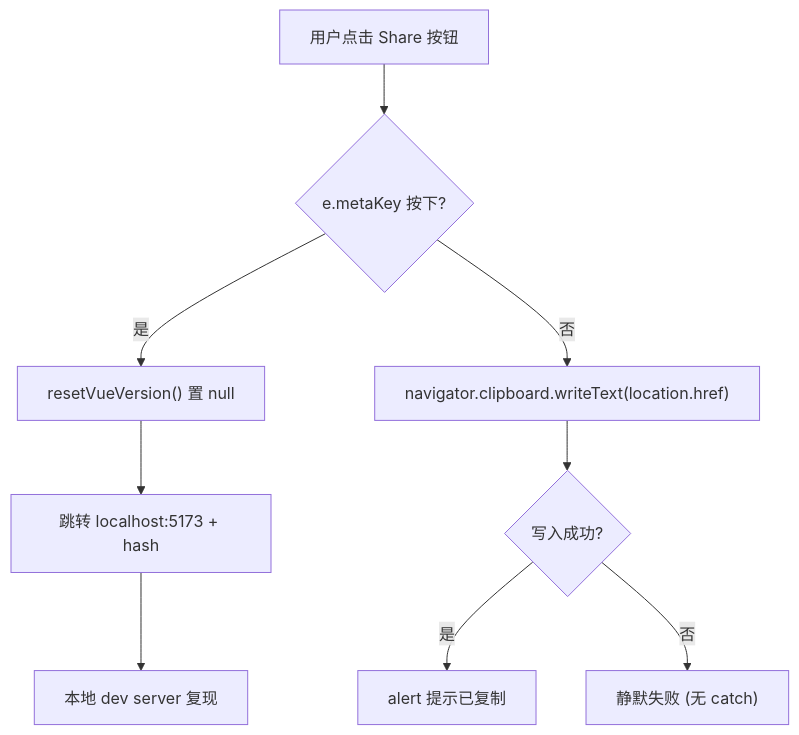
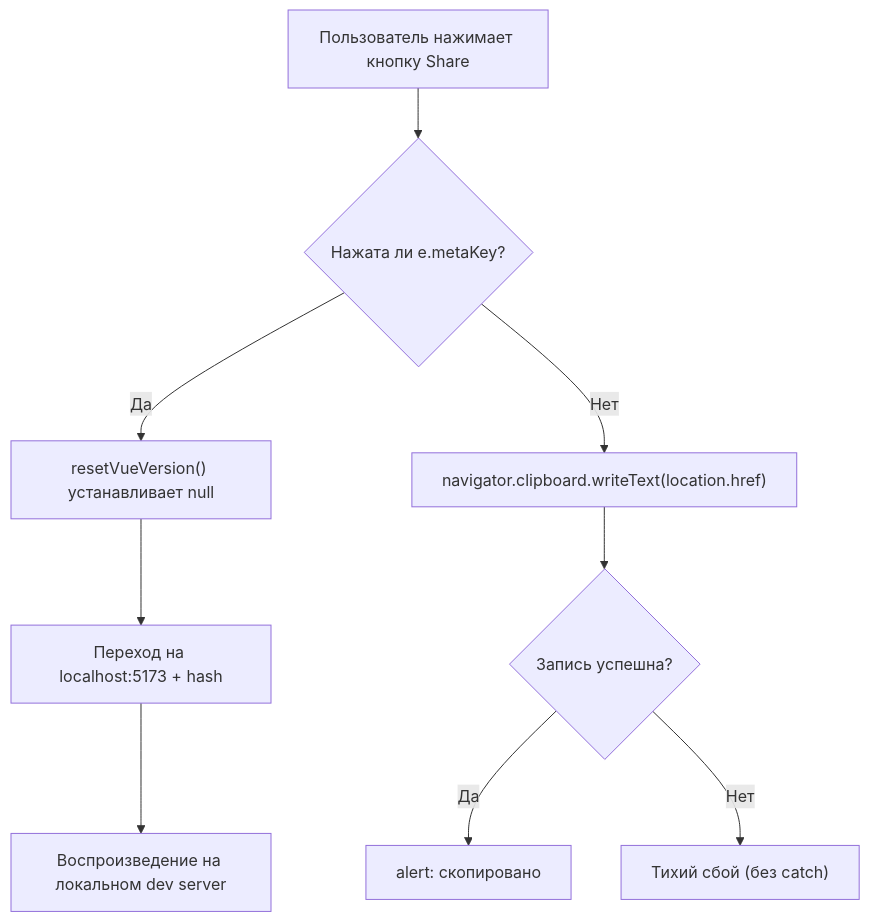
Before and after one commit to maleRjc/AiReadCodeBooks: the second of 3 diagrams in books/vue3/ru/07-reactivity-subsystem.md, drawn with Mermaid. The commit also changed other lines of this file and 74 other files, not shown here.

````diff
--- a/books/vue3/ru/07-reactivity-subsystem.md
+++ b/books/vue3/ru/07-reactivity-subsystem.md
@@ -199,11 +199,11 @@
 ```mermaid
 flowchart TD
-    click["用户点击 Share 按钮"] --> meta{"e.metaKey 按下?"}
-    meta -->|是| reset["resetVueVersion() 置 null"]
-    reset --> jump["跳转 localhost:5173 + hash"]
-    jump --> local["本地 dev server 复现"]
-    meta -->|否| copy["navigator.clipboard.writeText(location.href)"]
-    copy --> check{"写入成功?"}
-    check -->|是| alert["alert 提示已复制"]
-    check -->|否| fail["静默失败 (无 catch)"]
+    click["Пользователь нажимает кнопку Share"] --> meta{"Нажата ли e.metaKey?"}
+    meta -->|Да| reset["resetVueVersion() устанавливает null"]
+    reset --> jump["Переход на localhost:5173 + hash"]
+    jump --> local["Воспроизведение на локальном dev server"]
+    meta -->|Нет| copy["navigator.clipboard.writeText(location.href)"]
+    copy --> check{"Запись успешна?"}
+    check -->|Да| alert["alert: скопировано"]
+    check -->|Нет| fail["Тихий сбой (без catch)"]
 ```
````
